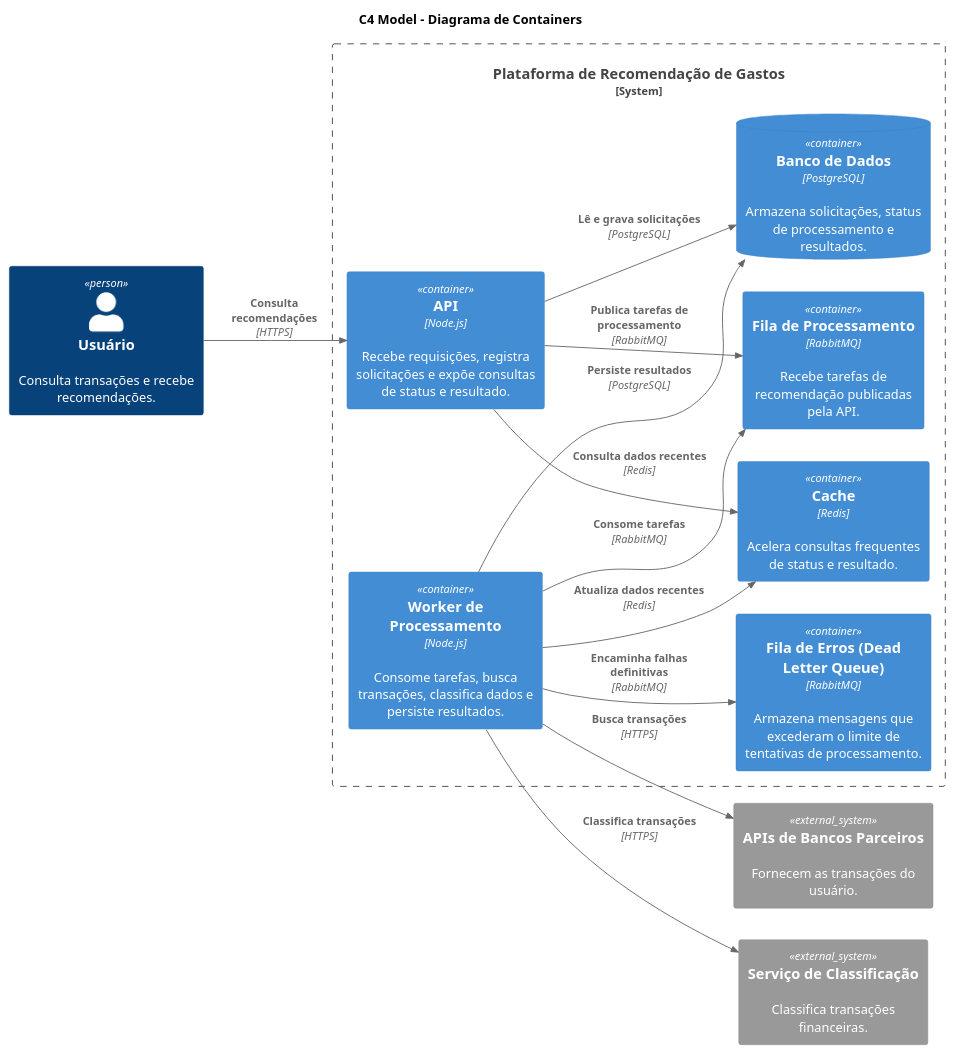
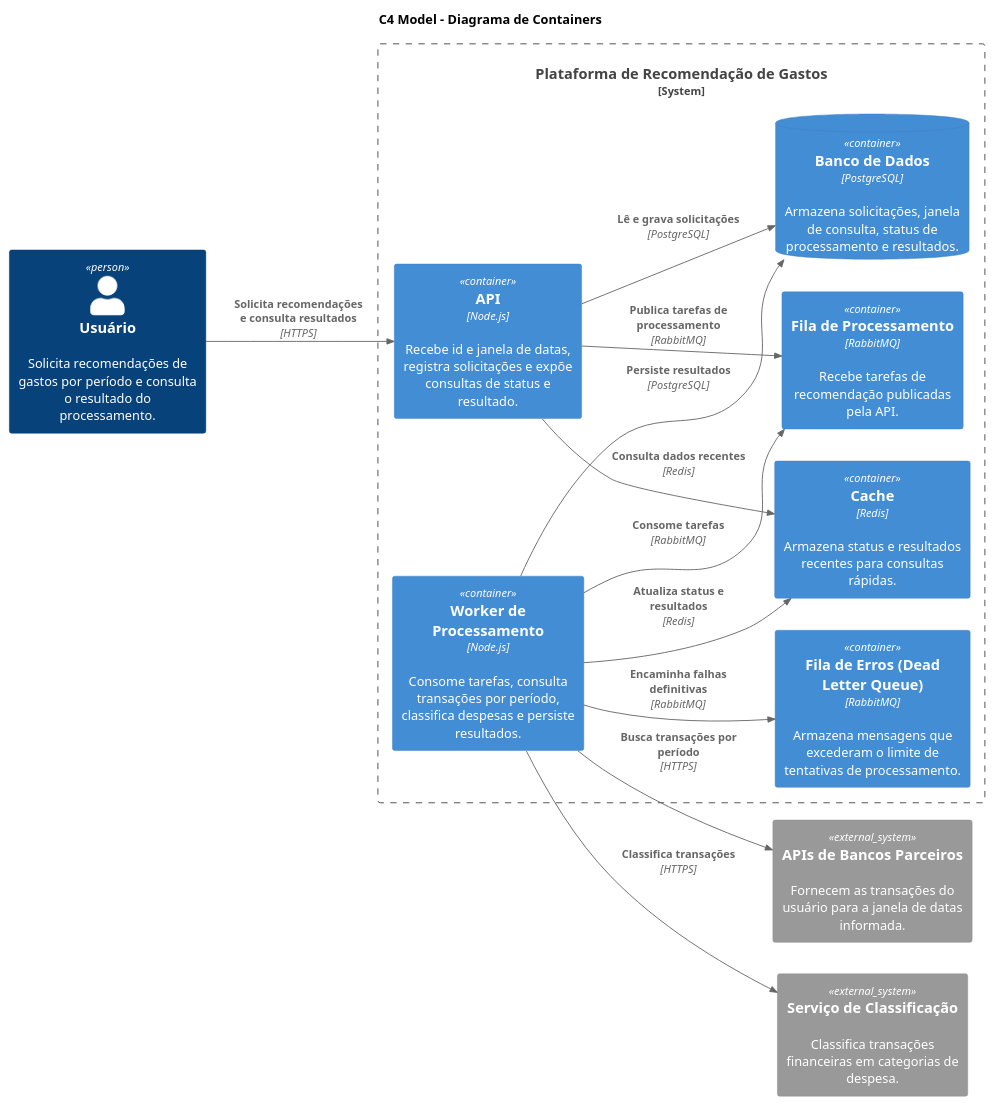
Before and after one commit to nelsera/idwall-desafio-arquitetura: the diagram in 2__diagramas/2.2__c4-containers.puml, drawn with PlantUML. The commit also changed 3 other files, not shown here.

Commit message:
feat(api): padroniza resposta da API com requestId, status e result

```diff
--- a/2__diagramas/2.2__c4-containers.puml
+++ b/2__diagramas/2.2__c4-containers.puml
@@ -1,46 +1,46 @@
 @startuml c4-containers
 !includeurl https://raw.githubusercontent.com/plantuml-stdlib/C4-PlantUML/master/C4_Container.puml
 
 LAYOUT_LEFT_RIGHT()
 
 title C4 Model - Diagrama de Containers
 
 ' Atores
-Person(usuario, "Usuário", "Consulta transações e recebe recomendações.")
+Person(usuario, "Usuário", "Solicita recomendações de gastos por período e consulta o resultado do processamento.")
 
 ' Sistema principal
 System_Boundary(sistema, "Plataforma de Recomendação de Gastos") {
 
   ' Containers
-  Container(api, "API", "Node.js", "Recebe requisições, registra solicitações e expõe consultas de status e resultado.")
+  Container(api, "API", "Node.js", "Recebe id e janela de datas, registra solicitações e expõe consultas de status e resultado.")
 
   Container(fila, "Fila de Processamento", "RabbitMQ", "Recebe tarefas de recomendação publicadas pela API.")
 
   Container(dlq, "Fila de Erros (Dead Letter Queue)", "RabbitMQ", "Armazena mensagens que excederam o limite de tentativas de processamento.")
 
-  Container(worker, "Worker de Processamento", "Node.js", "Consome tarefas, busca transações, classifica dados e persiste resultados.")
+  Container(worker, "Worker de Processamento", "Node.js", "Consome tarefas, consulta transações por período, classifica despesas e persiste resultados.")
 
-  ContainerDb(db, "Banco de Dados", "PostgreSQL", "Armazena solicitações, status de processamento e resultados.")
+  ContainerDb(db, "Banco de Dados", "PostgreSQL", "Armazena solicitações, janela de consulta, status de processamento e resultados.")
 
-  Container(cache, "Cache", "Redis", "Acelera consultas frequentes de status e resultado.")
+  Container(cache, "Cache", "Redis", "Armazena status e resultados recentes para consultas rápidas.")
 }
 
 ' Sistemas externos
-System_Ext(bancos, "APIs de Bancos Parceiros", "Fornecem as transações do usuário.")
-System_Ext(ml, "Serviço de Classificação", "Classifica transações financeiras.")
+System_Ext(bancos, "APIs de Bancos Parceiros", "Fornecem as transações do usuário para a janela de datas informada.")
+System_Ext(ml, "Serviço de Classificação", "Classifica transações financeiras em categorias de despesa.")
 
 ' Relacionamentos
-Rel(usuario, api, "Consulta recomendações", "HTTPS")
+Rel(usuario, api, "Solicita recomendações e consulta resultados", "HTTPS")
 
 Rel(api, fila, "Publica tarefas de processamento", "RabbitMQ")
 Rel(api, db, "Lê e grava solicitações", "PostgreSQL")
 Rel(api, cache, "Consulta dados recentes", "Redis")
 
 Rel(worker, fila, "Consome tarefas", "RabbitMQ")
 Rel(worker, dlq, "Encaminha falhas definitivas", "RabbitMQ")
-Rel(worker, bancos, "Busca transações", "HTTPS")
+Rel(worker, bancos, "Busca transações por período", "HTTPS")
 Rel(worker, ml, "Classifica transações", "HTTPS")
 Rel(worker, db, "Persiste resultados", "PostgreSQL")
-Rel(worker, cache, "Atualiza dados recentes", "Redis")
+Rel(worker, cache, "Atualiza status e resultados", "Redis")
 
 @enduml
```
